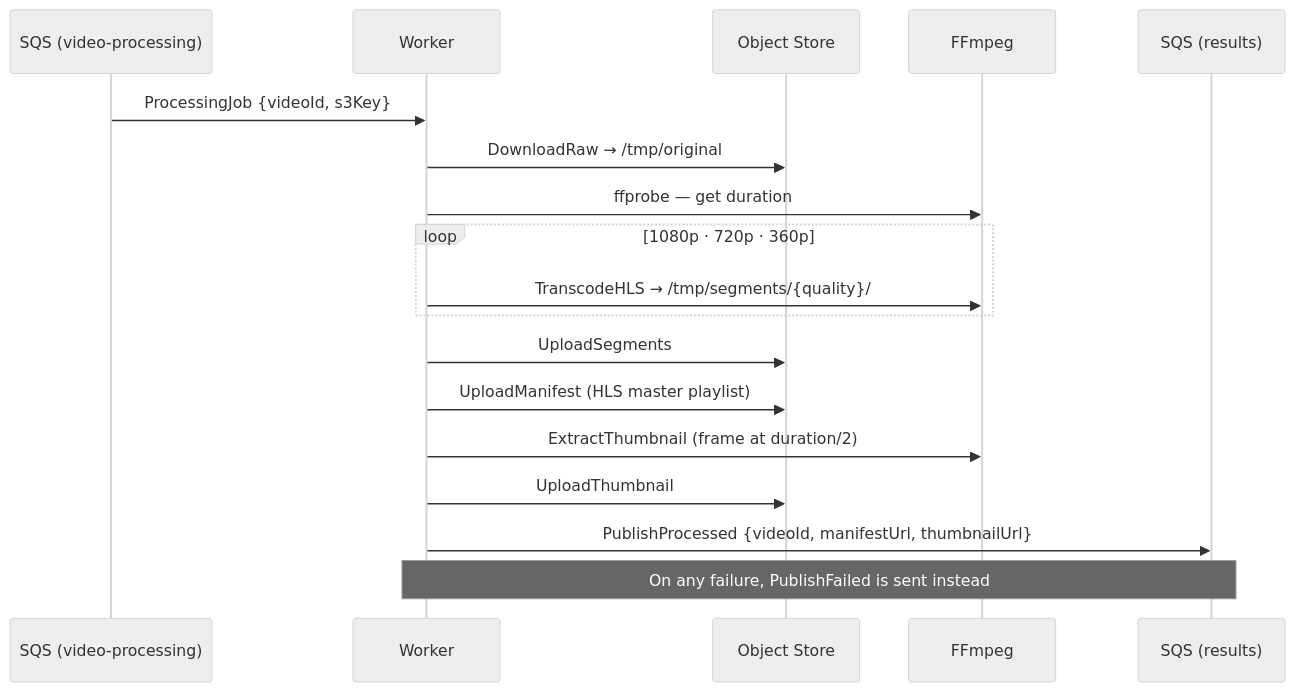
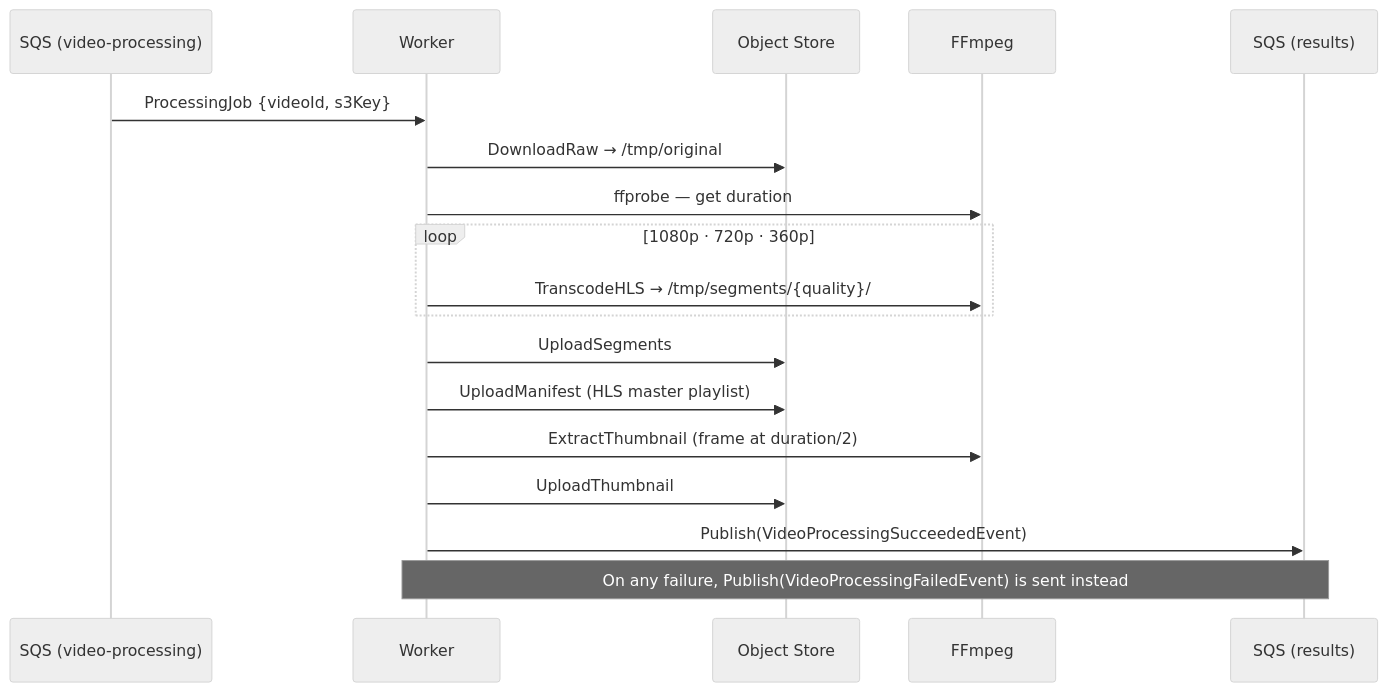
The second of 2 diagrams in backend/worker/README.md (lregnier/design-youtube), drawn with Mermaid (neutral theme) before and after one commit. The commit also changed other lines of this file and 7 other files, not shown here.

First line of the commit message:
sync README diagrams with current architecture

````diff
--- a/backend/worker/README.md
+++ b/backend/worker/README.md
@@ -33,24 +33,24 @@
 ```mermaid
 sequenceDiagram
     participant SQS as SQS (video-processing)
     participant W as Worker
     participant S3 as Object Store
     participant FF as FFmpeg
     participant R as SQS (results)
 
     SQS->>W: ProcessingJob {videoId, s3Key}
     W->>S3: DownloadRaw → /tmp/original
     W->>FF: ffprobe — get duration
 
     loop 1080p · 720p · 360p
         W->>FF: TranscodeHLS → /tmp/segments/{quality}/
     end
 
     W->>S3: UploadSegments
     W->>S3: UploadManifest (HLS master playlist)
     W->>FF: ExtractThumbnail (frame at duration/2)
     W->>S3: UploadThumbnail
-    W->>R: PublishProcessed {videoId, manifestUrl, thumbnailUrl}
+    W->>R: Publish(VideoProcessingSucceededEvent)
 
-    Note over W,R: On any failure, PublishFailed is sent instead
+    Note over W,R: On any failure, Publish(VideoProcessingFailedEvent) is sent instead
 ```
````
